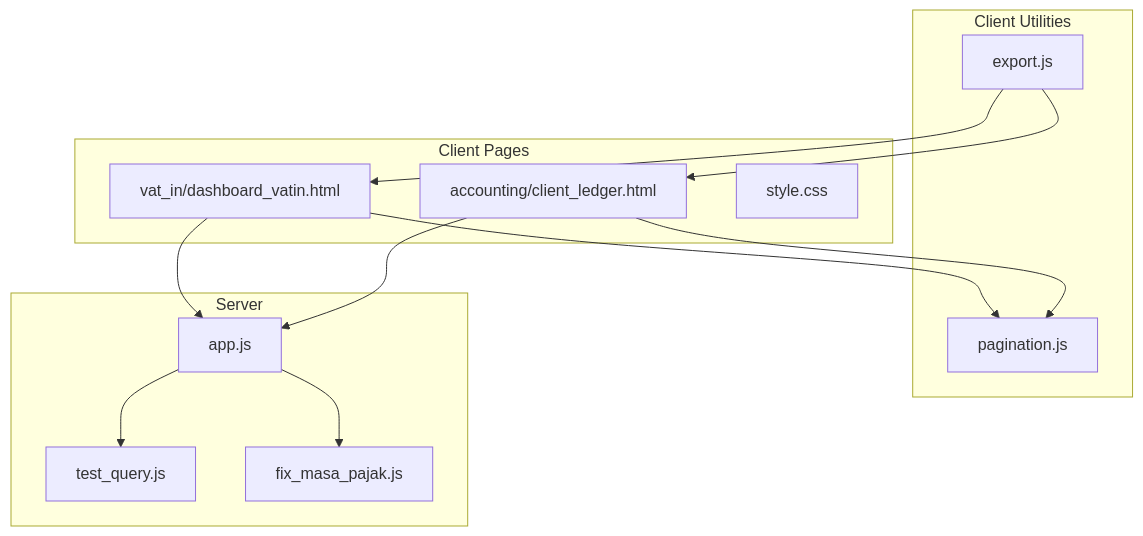
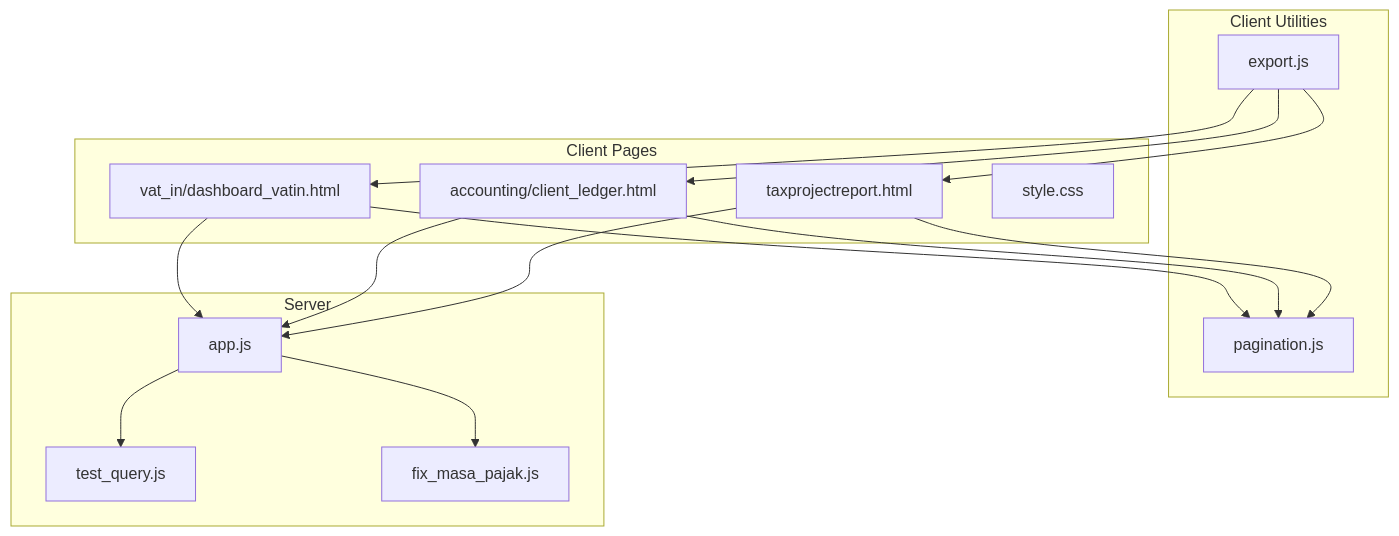
One commit to rendisiagian/TDS_by_RENDISIAGIAN changed the first of 6 diagrams in .qoder/repowiki/en/content/Advanced Features/Data Pagination & Performance Optimization.md. Above: the diagram before and after it, drawn with Mermaid. The commit also changed other lines of this file and 8 other files, not shown here.

````diff
--- a/.qoder/repowiki/en/content/Advanced Features/Data Pagination & Performance Optimization.md
+++ b/.qoder/repowiki/en/content/Advanced Features/Data Pagination & Performance Optimization.md
@@ -39,25 +52,29 @@
 ```mermaid
 graph TB
 subgraph "Client Pages"
 VatIn["vat_in/dashboard_vatin.html"]
 ClientLedger["accounting/client_ledger.html"]
+TaxReport["taxprojectreport.html"]
 Styles["style.css"]
 end
 subgraph "Client Utilities"
 PG["pagination.js"]
 Export["export.js"]
 end
 subgraph "Server"
 App["app.js"]
 TestQ["test_query.js"]
 FixMasa["fix_masa_pajak.js"]
 end
 VatIn --> PG
 ClientLedger --> PG
+TaxReport --> PG
 VatIn --> App
 ClientLedger --> App
+TaxReport --> App
 Export --> VatIn
 Export --> ClientLedger
+Export --> TaxReport
 App --> TestQ
 App --> FixMasa
 ```
````
